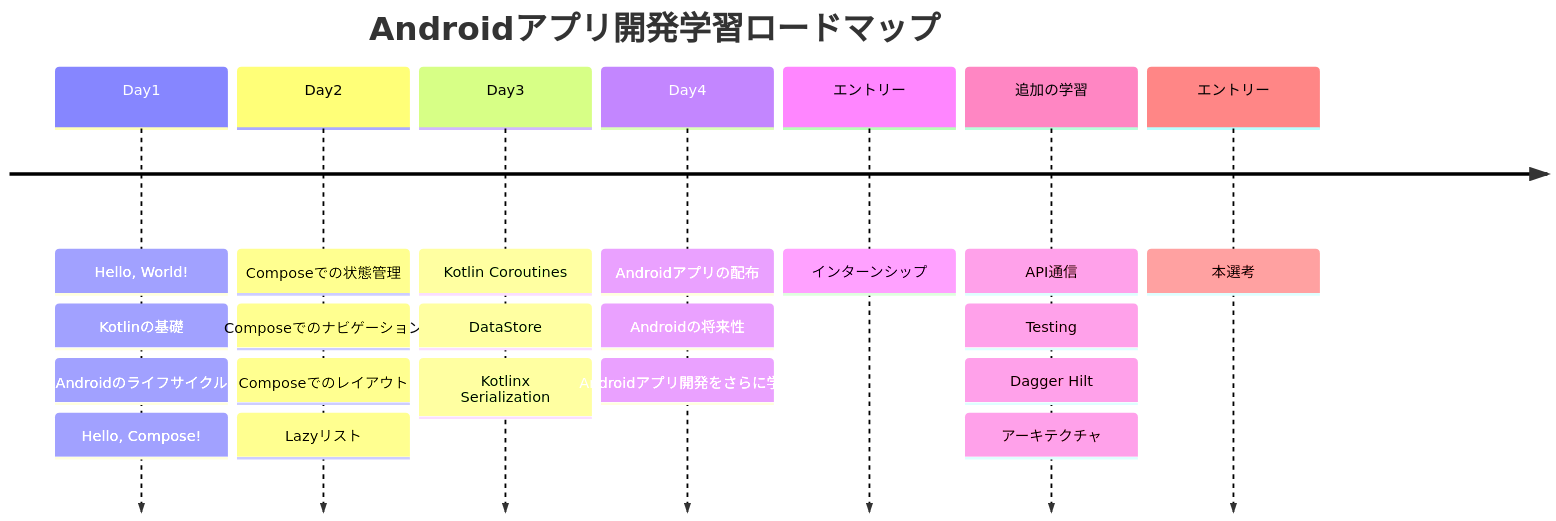
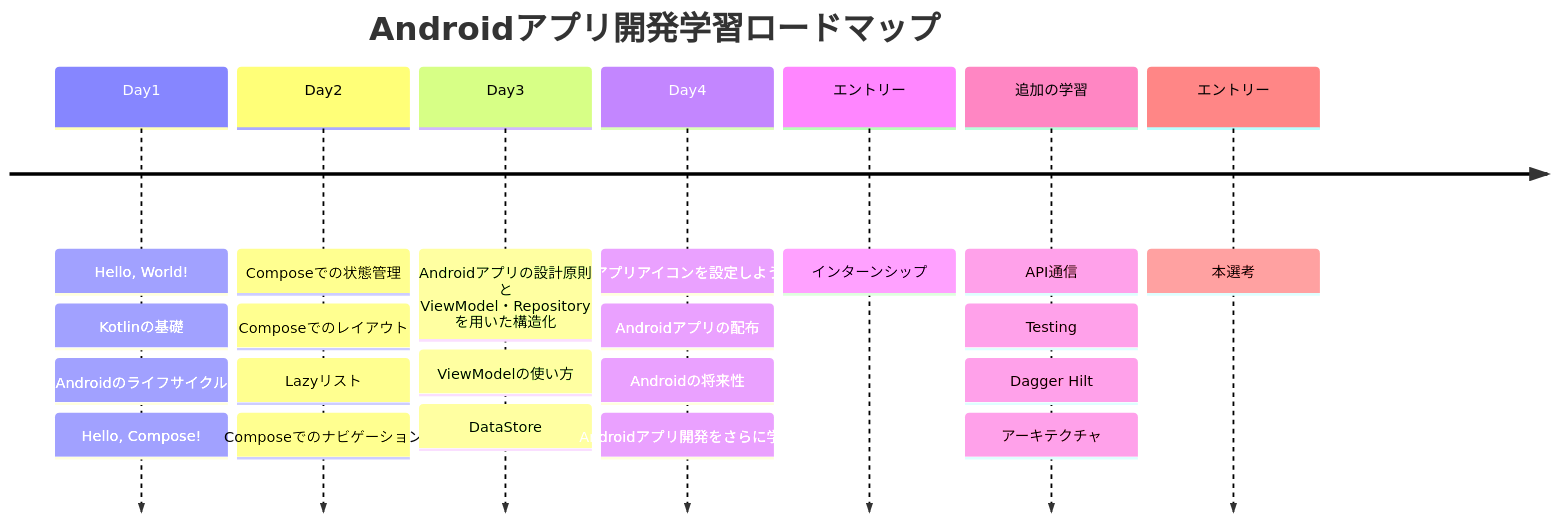
Before and after one commit to CyberAgentHack/android-bootcamp-iwate-pref-20250926: the diagram in README.md, drawn with Mermaid. The commit also changed other lines of this file and 29 other files, not shown here.

````diff
--- a/README.md
+++ b/README.md
@@ -20,31 +20,32 @@
 ```mermaid
 timeline
     title Androidアプリ開発学習ロードマップ
     
     Day1 : Hello, World!
          : Kotlinの基礎
          : Androidのライフサイクル
          : Hello, Compose!
     
     Day2 : Composeでの状態管理
-         : Composeでのナビゲーション
          : Composeでのレイアウト
          : Lazyリスト
+         : Composeでのナビゲーション
     
-    Day3 : Kotlin Coroutines
+    Day3 : Androidアプリの設計原則 と ViewModel・Repository を用いた構造化
+         : ViewModelの使い方
          : DataStore
-         : Kotlinx Serialization
     
-    Day4 : Androidアプリの配布
+    Day4 : アプリアイコンを設定しよう
+         : Androidアプリの配布
          : Androidの将来性
          : Androidアプリ開発をさらに学ぶ
 
     エントリー : インターンシップ
     
     追加の学習 : API通信
               : Testing
               : Dagger Hilt
               : アーキテクチャ
 
     エントリー : 本選考
 ```
````
